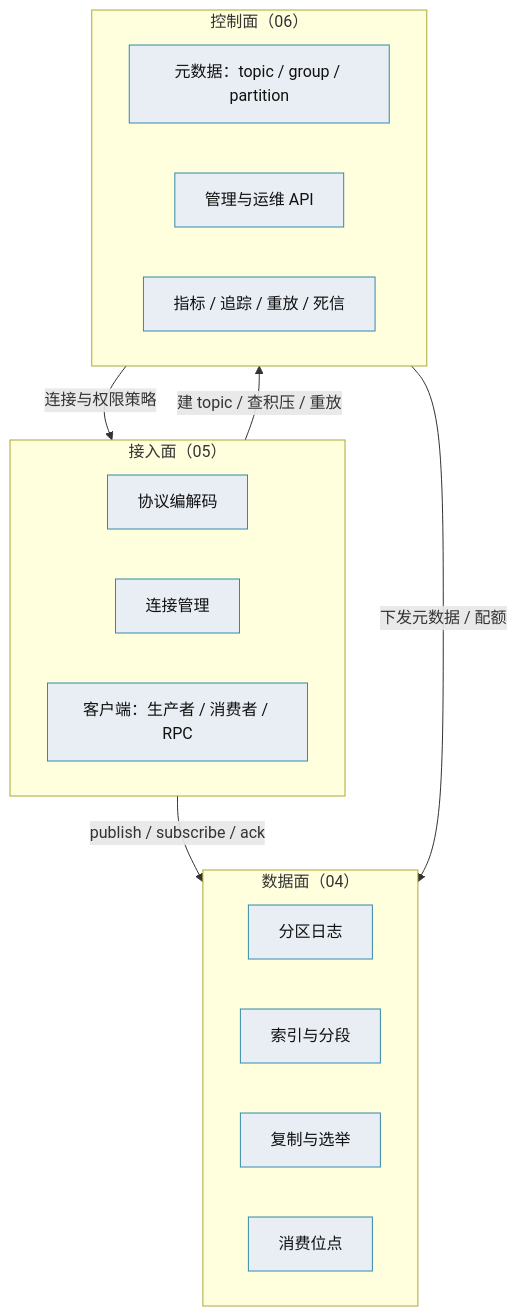
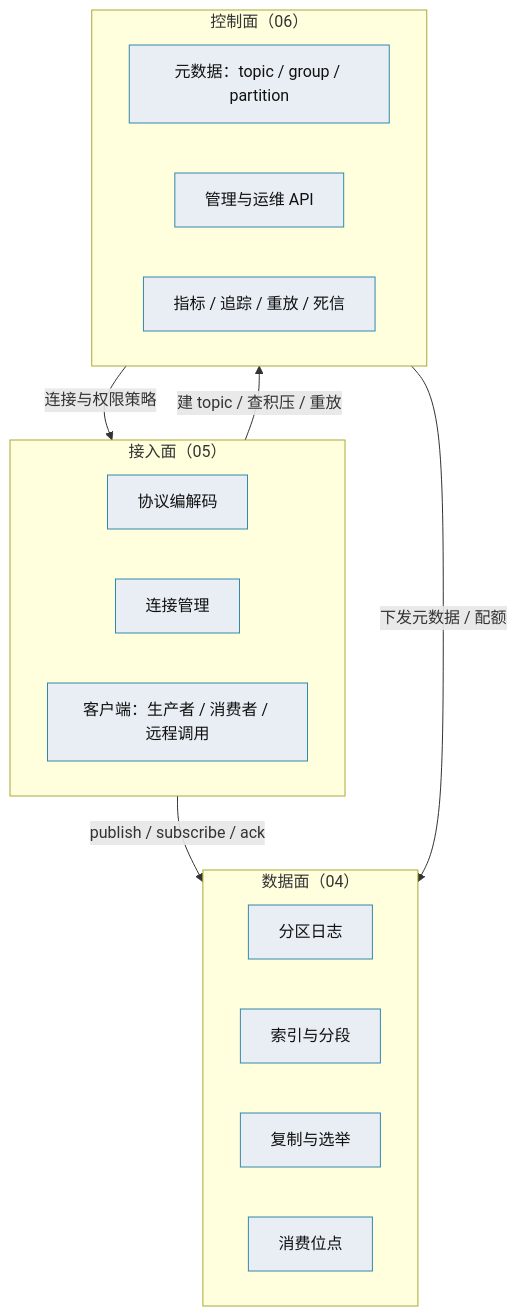
Before and after one commit to minjian123/message-platform: the diagram in msg文档/设计/架构设计/01_架构设计_总览.md, drawn with Mermaid. The commit also changed other lines of this file and 135 other files, not shown here.

````diff
--- a/msg文档/设计/架构设计/01_架构设计_总览.md
+++ b/msg文档/设计/架构设计/01_架构设计_总览.md
@@ -47,25 +47,25 @@
 ```mermaid
 flowchart TB
     subgraph AP["接入面（05）"]
         A1["协议编解码"]
         A2["连接管理"]
-        A3["客户端：生产者 / 消费者 / RPC"]
+        A3["客户端：生产者 / 消费者 / 远程调用"]
     end
     subgraph DP["数据面（04）"]
         D1["分区日志"]
         D2["索引与分段"]
         D3["复制与选举"]
         D4["消费位点"]
     end
     subgraph CP["控制面（06）"]
         C1["元数据：topic / group / partition"]
         C2["管理与运维 API"]
         C3["指标 / 追踪 / 重放 / 死信"]
     end
     AP -->|"publish / subscribe / ack"| DP
     AP -->|"建 topic / 查积压 / 重放"| CP
     CP -->|"下发元数据 / 配额"| DP
     CP -->|"连接与权限策略"| AP
     classDef p fill:#e8eef4,stroke:#38a,color:#111
     class A1,A2,A3,D1,D2,D3,D4,C1,C2,C3 p
 ```
````
